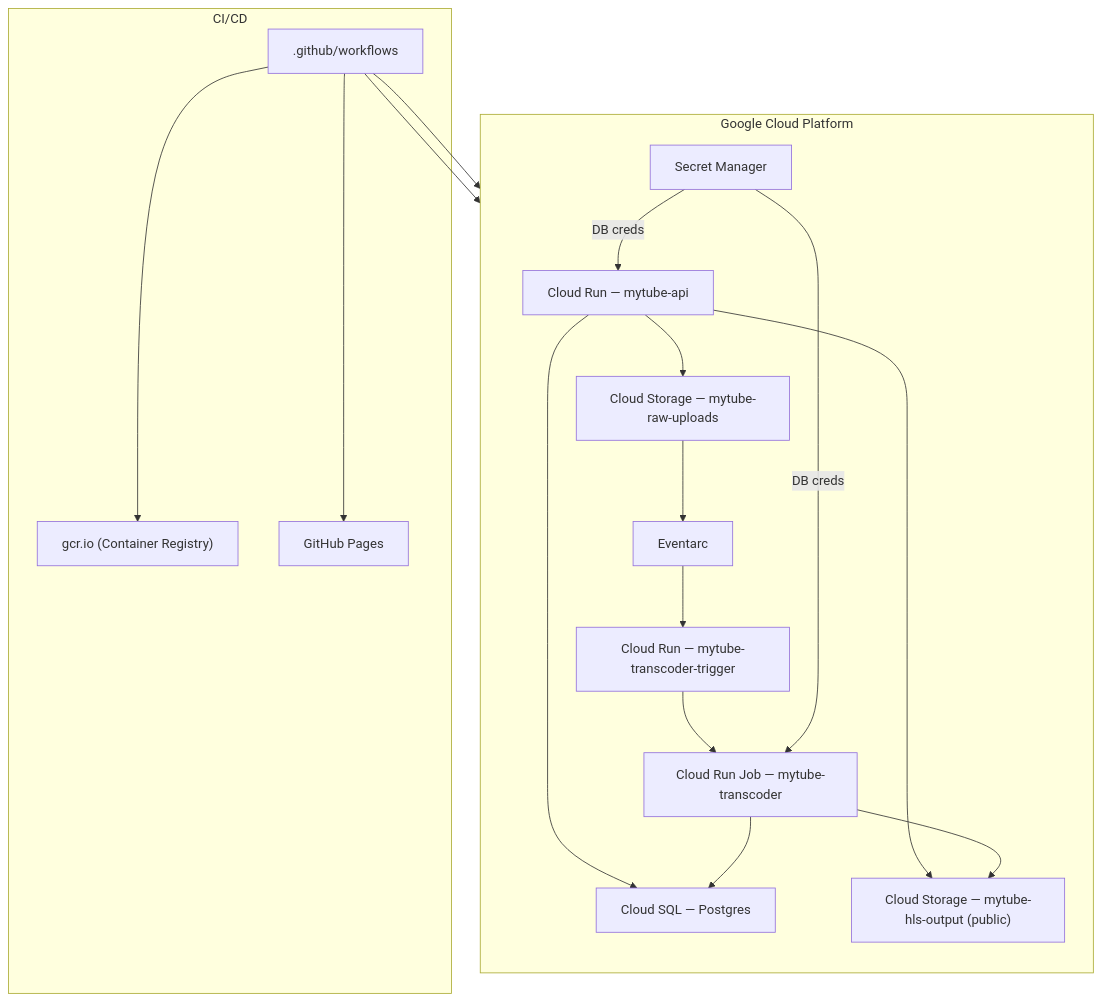
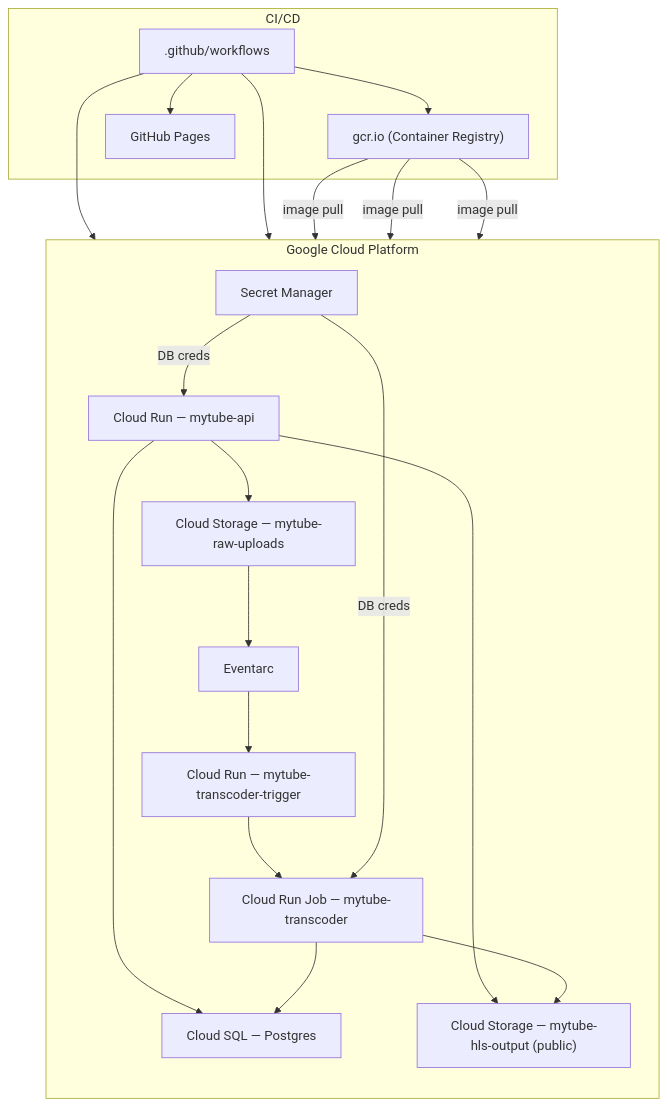
Before and after one commit to ai-teammate/mytube: the second of 4 diagrams in README.md, drawn with Mermaid.

````diff
--- a/README.md
+++ b/README.md
@@ -42,30 +42,33 @@
 ```mermaid
 graph TB
   subgraph "Google Cloud Platform"
     direction TB
     CloudRunAPI["Cloud Run — mytube-api"]
     CloudRunTrigger["Cloud Run — mytube-transcoder-trigger"]
     CloudRunJob["Cloud Run Job — mytube-transcoder"]
     GCS_RAW["Cloud Storage — mytube-raw-uploads"]
     GCS_HLS["Cloud Storage — mytube-hls-output (public)"]
     CloudSQL["Cloud SQL — Postgres"]
     Eventarc["Eventarc"]
     SecretManager["Secret Manager"]
   end
   subgraph "CI/CD"
     GHActions[".github/workflows"]
     GCR["gcr.io (Container Registry)"]
     Pages["GitHub Pages"]
   end
   GHActions --> GCR
   GHActions --> CloudRunAPI
   GHActions --> CloudRunTrigger
   GHActions --> Pages
+  GCR -->|"image pull"| CloudRunAPI
+  GCR -->|"image pull"| CloudRunTrigger
+  GCR -->|"image pull"| CloudRunJob
   CloudRunAPI --> CloudSQL
   CloudRunAPI --> GCS_RAW
   CloudRunAPI --> GCS_HLS
   GCS_RAW --> Eventarc --> CloudRunTrigger --> CloudRunJob --> GCS_HLS
   CloudRunJob --> CloudSQL
   SecretManager -->|"DB creds"| CloudRunAPI
   SecretManager -->|"DB creds"| CloudRunJob
 ```
````
